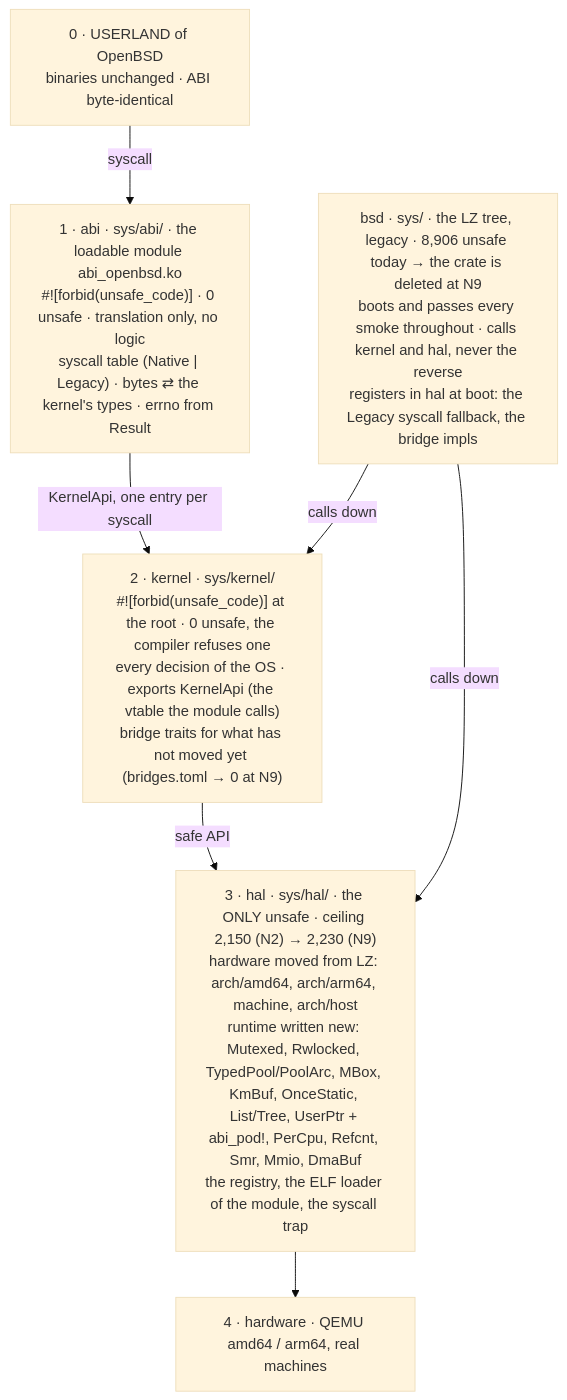
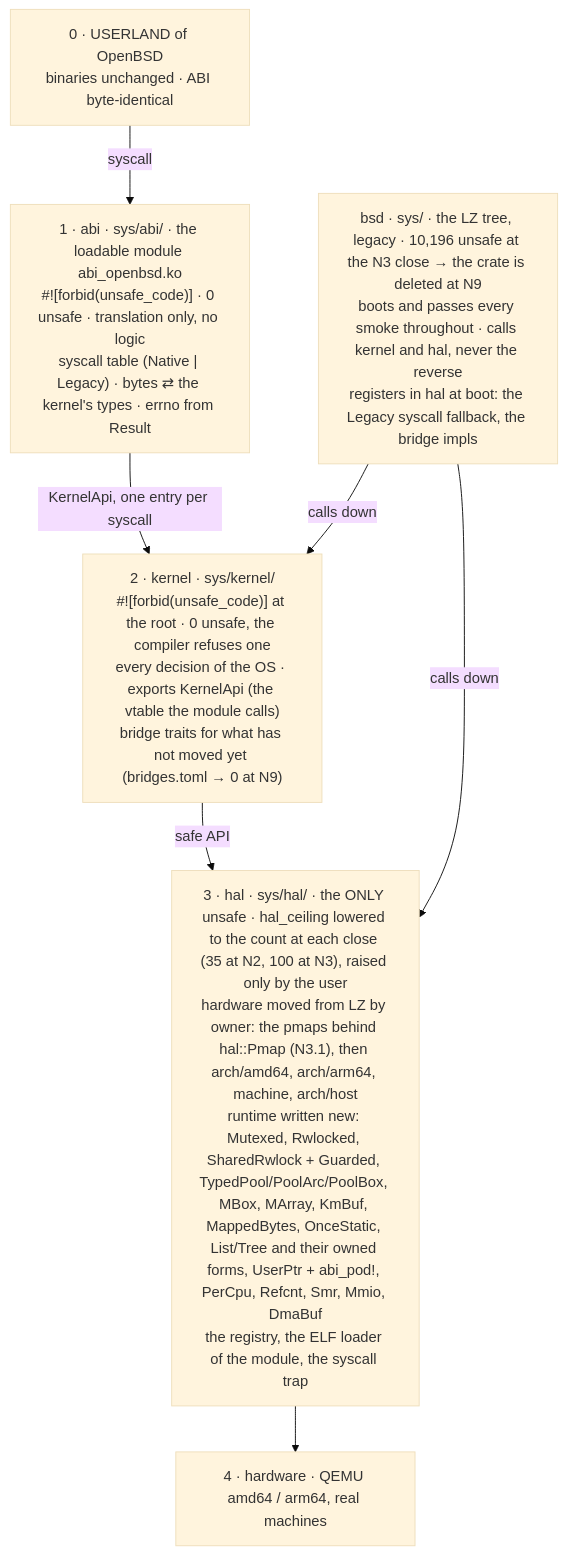
The first of 2 diagrams in docs/ZERO_UNSAFE.md (EmiBSD/Kernel), drawn with Mermaid (base theme) before and after one commit. The commit also changed other lines of this file and 11 other files, not shown here.

````diff
--- a/docs/ZERO_UNSAFE.md
+++ b/docs/ZERO_UNSAFE.md
@@ -20,15 +20,15 @@
 ```mermaid
 flowchart TB
     L0["0 · USERLAND of OpenBSD<br/>binaries unchanged · ABI byte-identical"]
     L1["1 · abi · sys/abi/ · the loadable module abi_openbsd.ko<br/>#![forbid(unsafe_code)] · 0 unsafe · translation only, no logic<br/>syscall table (Native | Legacy) · bytes ⇄ the kernel's types · errno from Result"]
     L2["2 · kernel · sys/kernel/<br/>#![forbid(unsafe_code)] at the root · 0 unsafe, the compiler refuses one<br/>every decision of the OS · exports KernelApi (the vtable the module calls)<br/>bridge traits for what has not moved yet (bridges.toml → 0 at N9)"]
-    L3["3 · hal · sys/hal/ · the ONLY unsafe · ceiling 2,150 (N2) → 2,230 (N9)<br/>hardware moved from LZ: arch/amd64, arch/arm64, machine, arch/host<br/>runtime written new: Mutexed, Rwlocked, TypedPool/PoolArc, MBox, KmBuf, OnceStatic, List/Tree, UserPtr + abi_pod!, PerCpu, Refcnt, Smr, Mmio, DmaBuf<br/>the registry, the ELF loader of the module, the syscall trap"]
+    L3["3 · hal · sys/hal/ · the ONLY unsafe · hal_ceiling lowered to the count at each close (35 at N2, 100 at N3), raised only by the user<br/>hardware moved from LZ by owner: the pmaps behind hal::Pmap (N3.1), then arch/amd64, arch/arm64, machine, arch/host<br/>runtime written new: Mutexed, Rwlocked, SharedRwlock + Guarded, TypedPool/PoolArc/PoolBox, MBox, MArray, KmBuf, MappedBytes, OnceStatic, List/Tree and their owned forms, UserPtr + abi_pod!, PerCpu, Refcnt, Smr, Mmio, DmaBuf<br/>the registry, the ELF loader of the module, the syscall trap"]
     L4["4 · hardware · QEMU amd64 / arm64, real machines"]
     L0 -->|"syscall"| L1
     L1 -->|"KernelApi, one entry per syscall"| L2
     L2 -->|"safe API"| L3
     L3 --> L4
-    B["bsd · sys/ · the LZ tree, legacy · 8,906 unsafe today → the crate is deleted at N9<br/>boots and passes every smoke throughout · calls kernel and hal, never the reverse<br/>registers in hal at boot: the Legacy syscall fallback, the bridge impls"]
+    B["bsd · sys/ · the LZ tree, legacy · 10,196 unsafe at the N3 close → the crate is deleted at N9<br/>boots and passes every smoke throughout · calls kernel and hal, never the reverse<br/>registers in hal at boot: the Legacy syscall fallback, the bridge impls"]
     B -->|"calls down"| L2
     B -->|"calls down"| L3
 ```
````
